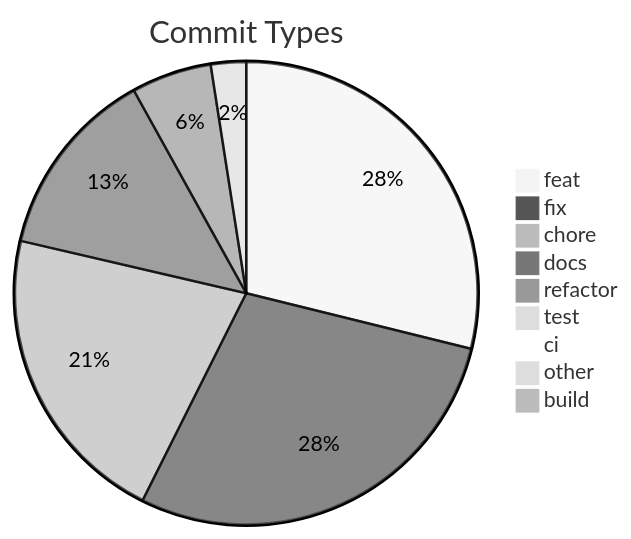
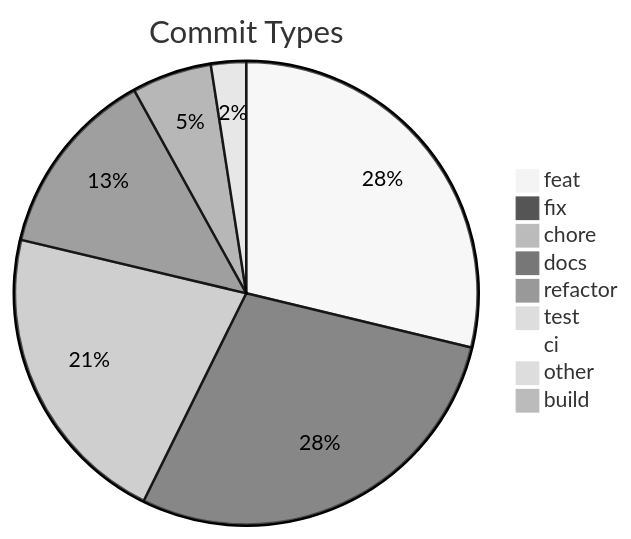
One commit to svenroth-ai/shipwright changed the diagram in .shipwright/compliance/change-history.md. Above: the diagram before and after it, drawn with Mermaid (neutral theme). The commit also changed other lines of this file and 15 other files, not shown here.

````diff
--- a/.shipwright/compliance/change-history.md
+++ b/.shipwright/compliance/change-history.md
@@ -8,12 +8,12 @@
 ```mermaid
 pie title Commit Types
     "feat" : 258
-    "fix" : 255
-    "chore" : 190
+    "fix" : 256
+    "chore" : 192
     "docs" : 119
     "refactor" : 50
     "test" : 22
     "ci" : 7
     "other" : 7
     "build" : 1
 ```
````
